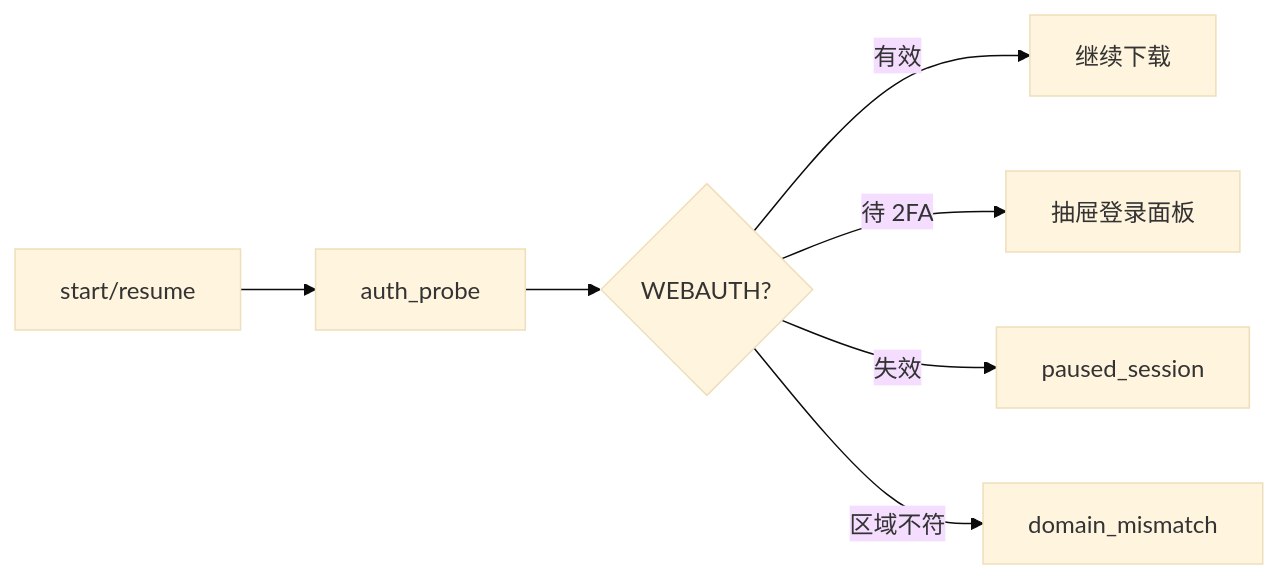
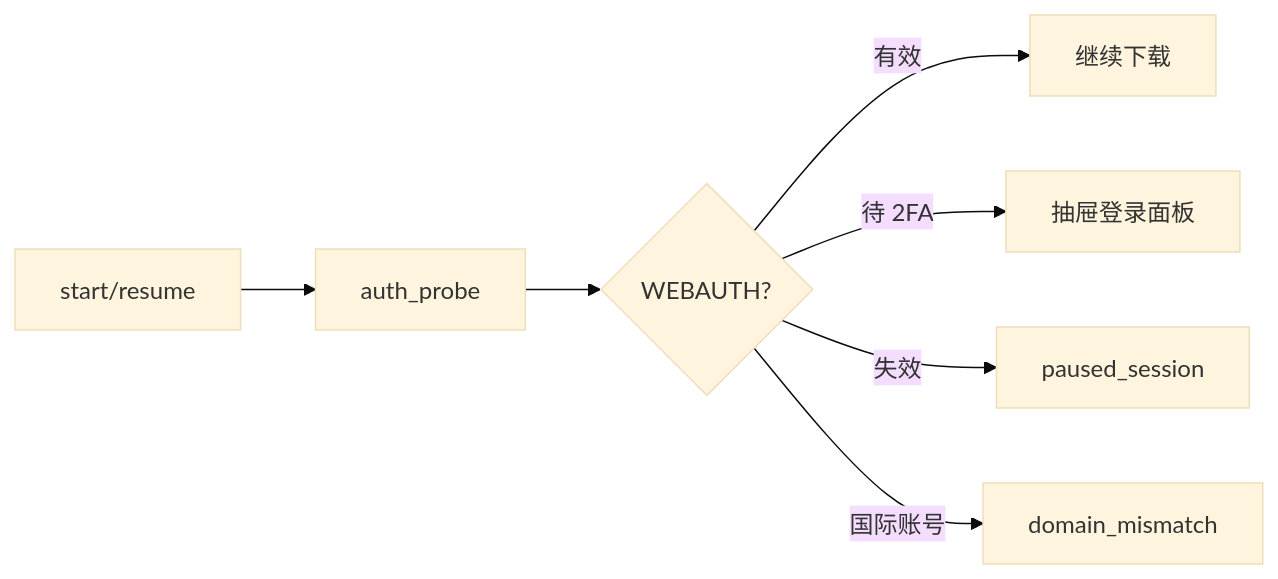
One commit to cz6c/ll-admin changed the third of 3 diagrams in apps/admin/src/views/album/loginFlow.md. Above: the diagram before and after it, drawn with Mermaid (base theme). The commit also changed other lines of this file and 16 other files, not shown here.

````diff
--- a/apps/admin/src/views/album/loginFlow.md
+++ b/apps/admin/src/views/album/loginFlow.md
@@ -88,9 +88,9 @@
 ```mermaid
 flowchart LR
   A[start/resume] --> B[auth_probe]
   B --> C{WEBAUTH?}
   C -->|有效| D[继续下载]
   C -->|待 2FA| E[抽屉登录面板]
   C -->|失效| F[paused_session]
-  C -->|区域不符| G[domain_mismatch]
+  C -->|国际账号| G[domain_mismatch]
 ```
````
